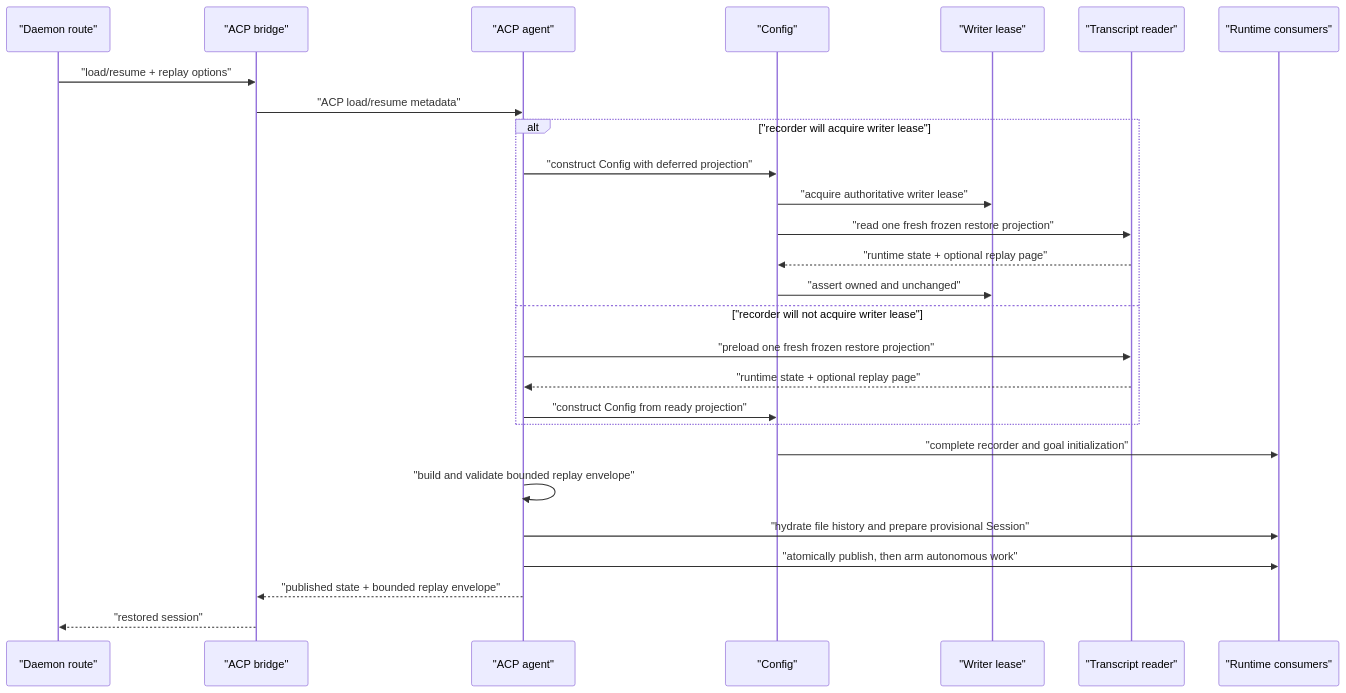
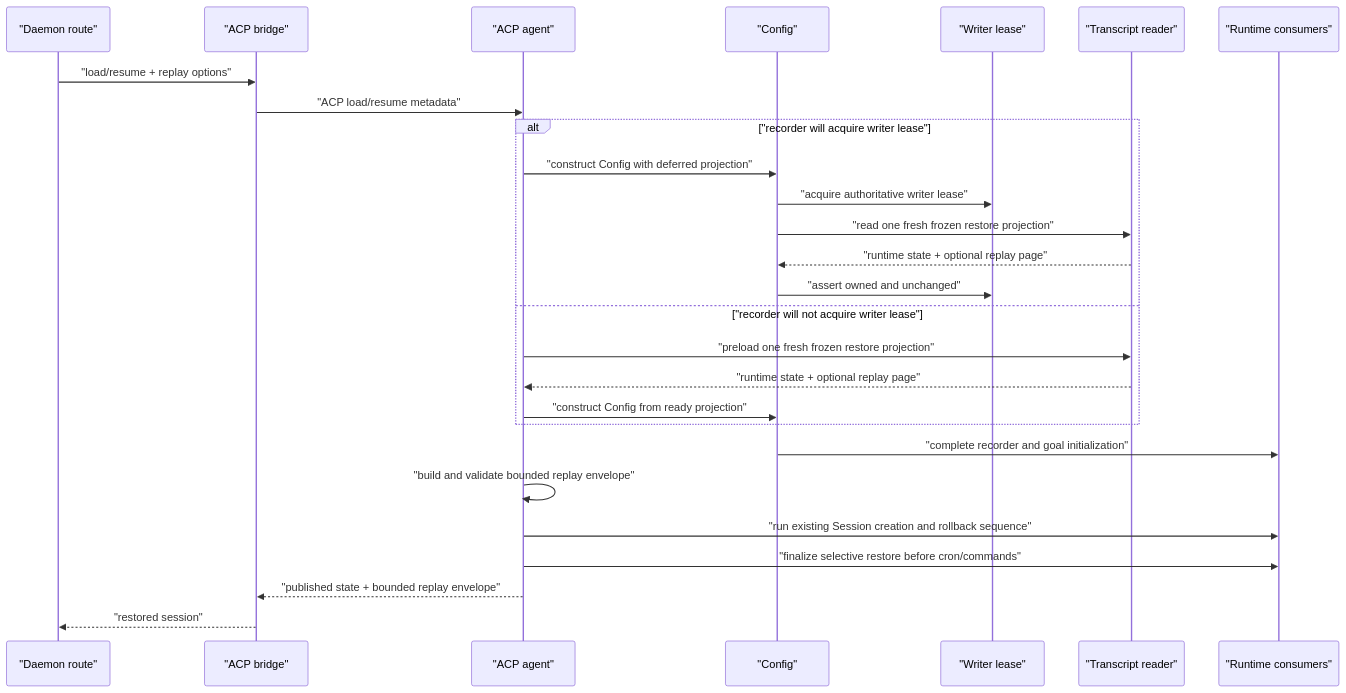
The diagram in docs/design/2026-08-08-selective-session-restore.md (QwenLM/qwen-code), drawn with Mermaid before and after one commit. The commit also changed other lines of this file and 1 other file, not shown here.

Commit message:
docs(design): narrow selective restore lifecycle

````diff
--- a/docs/design/2026-08-08-selective-session-restore.md
+++ b/docs/design/2026-08-08-selective-session-restore.md
@@ -605,30 +605,30 @@
 ```mermaid
 sequenceDiagram
   participant D as "Daemon route"
   participant B as "ACP bridge"
   participant A as "ACP agent"
   participant C as "Config"
   participant L as "Writer lease"
   participant R as "Transcript reader"
   participant S as "Runtime consumers"
 
   D->>B: "load/resume + replay options"
   B->>A: "ACP load/resume metadata"
   alt "recorder will acquire writer lease"
     A->>C: "construct Config with deferred projection"
     C->>L: "acquire authoritative writer lease"
     C->>R: "read one fresh frozen restore projection"
     R-->>C: "runtime state + optional replay page"
     C->>L: "assert owned and unchanged"
   else "recorder will not acquire writer lease"
     A->>R: "preload one fresh frozen restore projection"
     R-->>A: "runtime state + optional replay page"
     A->>C: "construct Config from ready projection"
   end
   C->>S: "complete recorder and goal initialization"
   A->>A: "build and validate bounded replay envelope"
-  A->>S: "hydrate file history and prepare provisional Session"
-  A->>S: "atomically publish, then arm autonomous work"
+  A->>S: "run existing Session creation and rollback sequence"
+  A->>S: "finalize selective restore before cron/commands"
   A-->>B: "published state + bounded replay envelope"
   B-->>D: "restored session"
 ```
````
